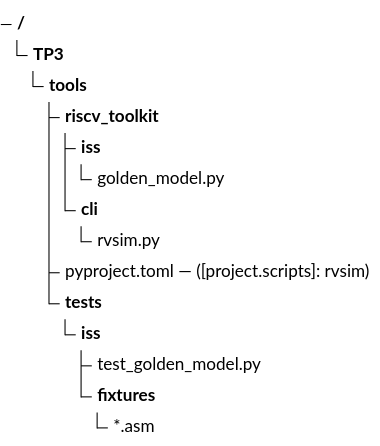
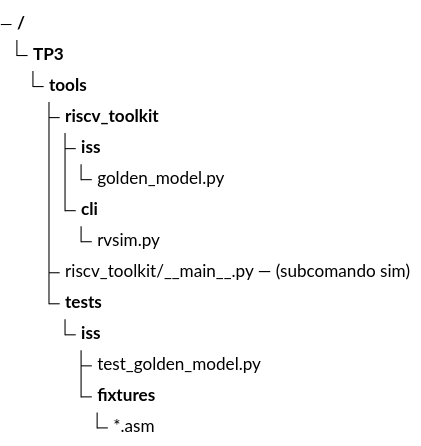
Before and after one commit to nicopinera/tps-arqui: the tenth of 47 diagrams in docs/PRD-pipeline-riscv.md, drawn with Mermaid (forest theme). The commit also changed other lines of this file and 8 other files, not shown here.

````diff
--- a/docs/PRD-pipeline-riscv.md
+++ b/docs/PRD-pipeline-riscv.md
@@ -821,16 +821,16 @@
 ```mermaid
 treeView-beta
     "TP3/"
         "tools/"
             "riscv_toolkit/"
                 "iss/"
                     "golden_model.py"
                 "cli/"
                     "rvsim.py"
-            "pyproject.toml — ([project.scripts]: rvsim)"
+            "riscv_toolkit/__main__.py — (subcomando sim)"
             "tests/"
                 "iss/"
                     "test_golden_model.py"
                     "fixtures/"
                         "*.asm"
 ```
````
